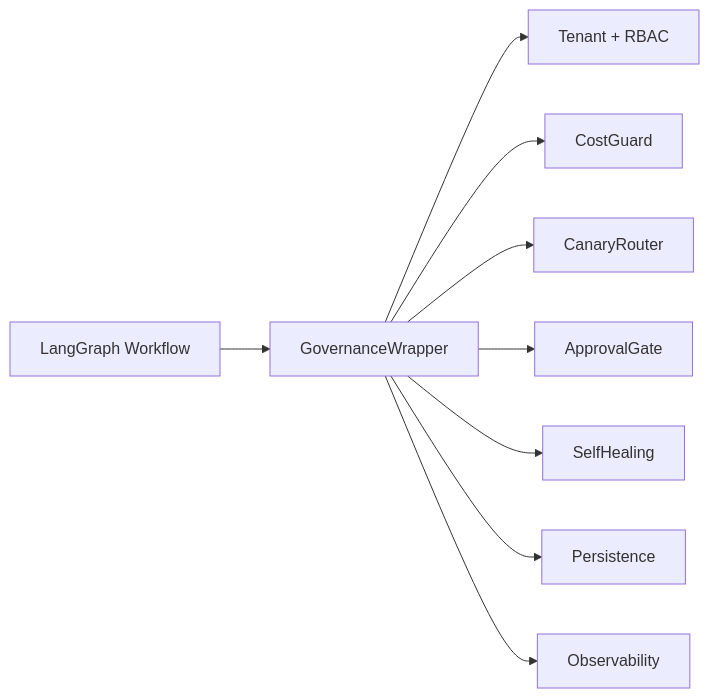
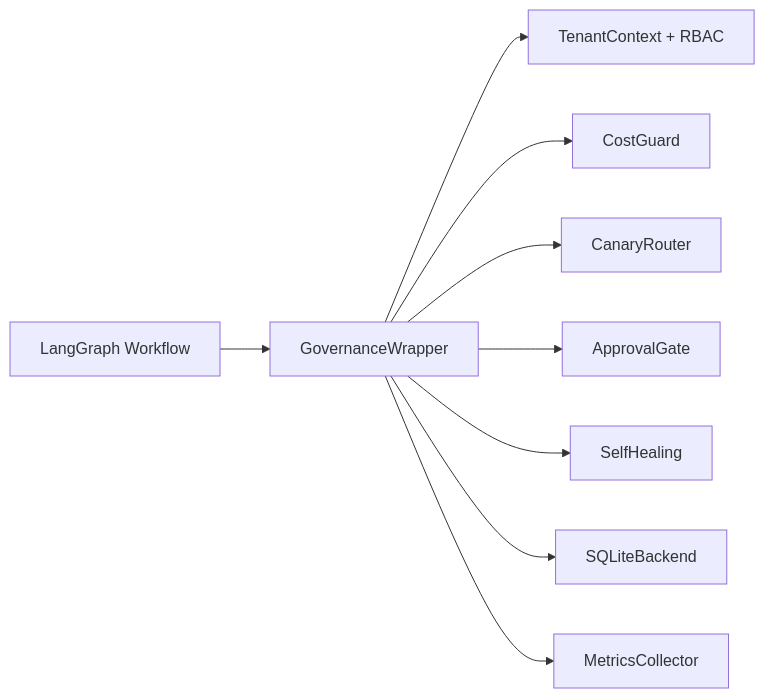
Before and after one commit to SnehaPlayground/maa-protocol: the diagram in README.md, drawn with Mermaid. The commit also changed other lines of this file and 68 other files, not shown here.

````diff
--- a/README.md
+++ b/README.md
@@ -95,11 +70,11 @@
 ```mermaid
 flowchart LR
     A[LangGraph Workflow] --> B[GovernanceWrapper]
-    B --> C[Tenant + RBAC]
+    B --> C[TenantContext + RBAC]
     B --> D[CostGuard]
     B --> E[CanaryRouter]
     B --> F[ApprovalGate]
     B --> G[SelfHealing]
-    B --> H[Persistence]
-    B --> I[Observability]
+    B --> H[SQLiteBackend]
+    B --> I[MetricsCollector]
 ```
````
